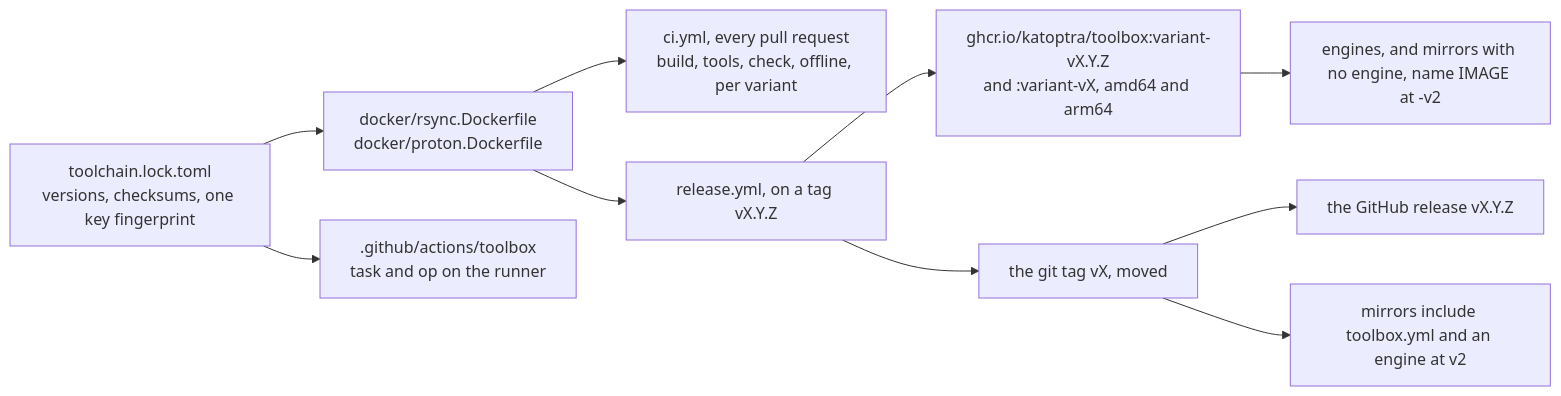
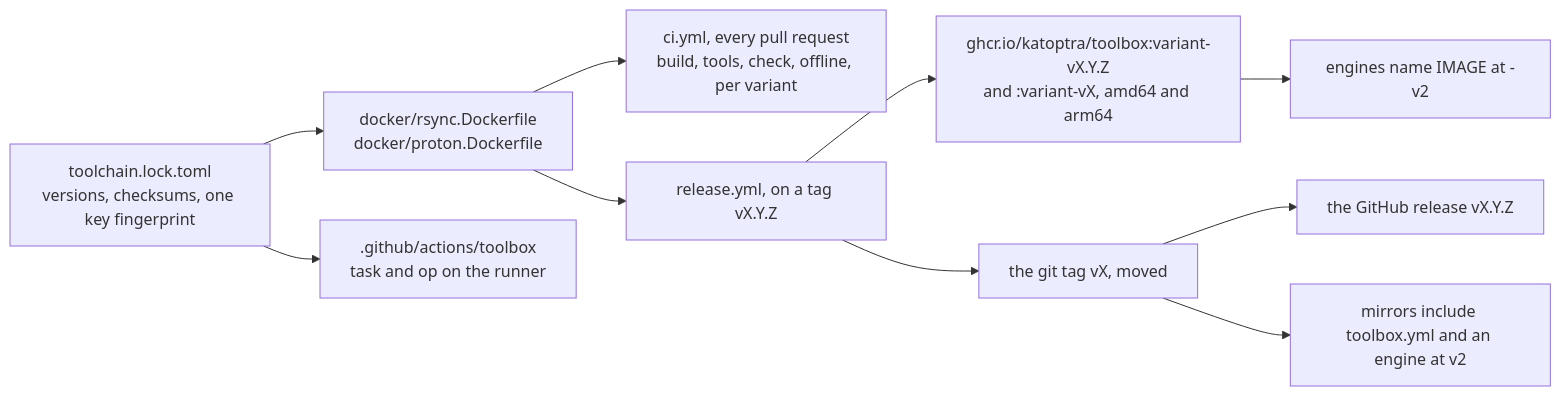
Before and after one commit to katoptra/lib: diagram 11 of 12 in README.md, drawn with Mermaid. The commit also changed other lines of this file, not shown here.

````diff
--- a/README.md
+++ b/README.md
@@ -1003,12 +1004,12 @@
 ```mermaid
 flowchart LR
   lock["toolchain.lock.toml<br/>versions, checksums, one key fingerprint"] --> df["docker/rsync.Dockerfile<br/>docker/proton.Dockerfile"]
   lock --> act[".github/actions/toolbox<br/>task and op on the runner"]
   df --> ci["ci.yml, every pull request<br/>build, tools, check, offline, per variant"]
   df --> rel["release.yml, on a tag vX.Y.Z"]
   rel --> ghcr["ghcr.io/katoptra/toolbox:variant-vX.Y.Z<br/>and :variant-vX, amd64 and arm64"]
   rel --> tag["the git tag vX, moved"]
   tag --> gr["the GitHub release vX.Y.Z"]
   tag --> inc["mirrors include toolbox.yml and an engine at v2"]
-  ghcr --> img["engines, and mirrors with no engine, name IMAGE at -v2"]
+  ghcr --> img["engines name IMAGE at -v2"]
 ```
````
